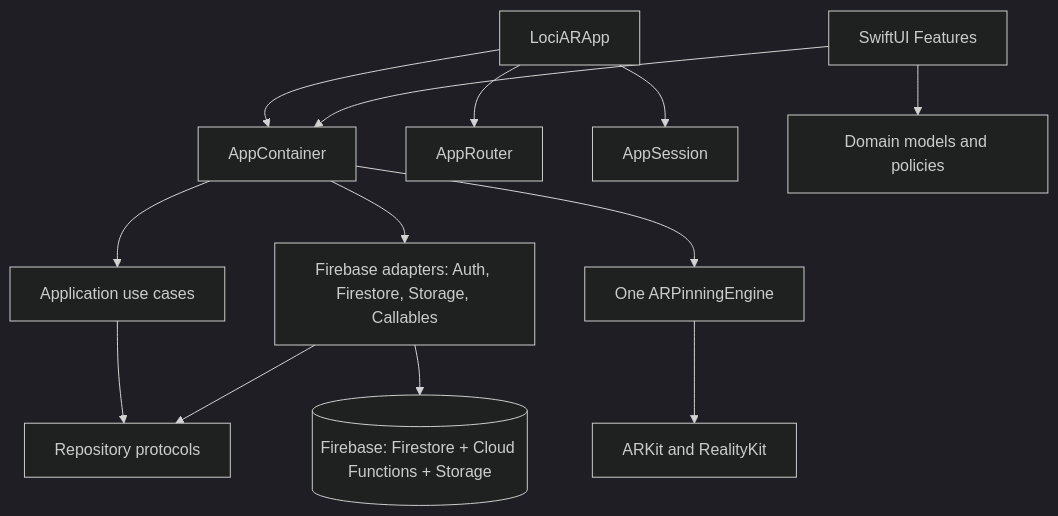
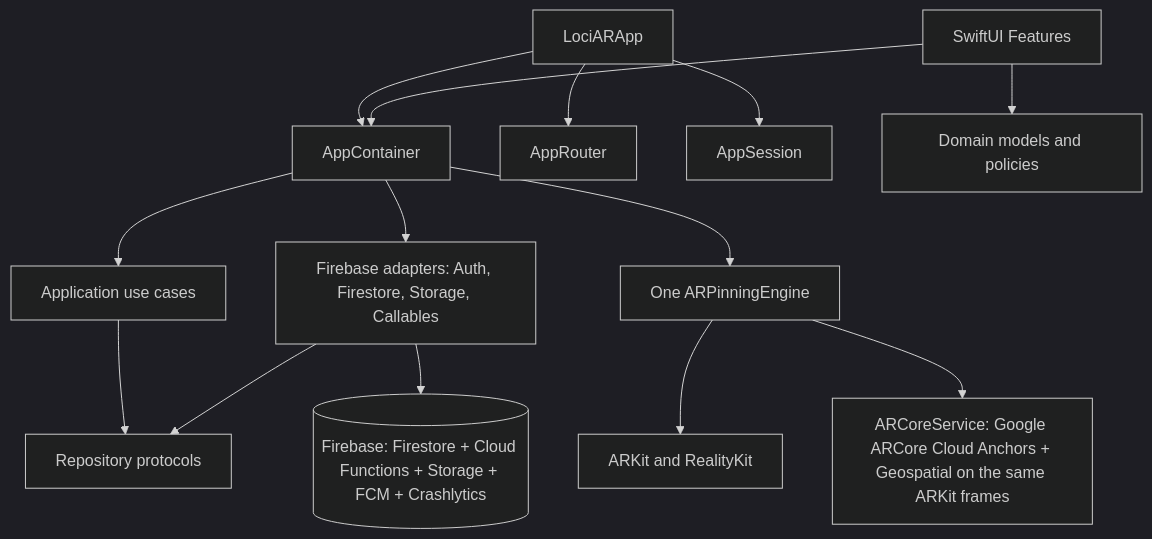
Before and after one commit to CrimsBerith/LociAR: the first of 3 diagrams in ARCHITECTURE.md, drawn with Mermaid (dark theme). The commit also changed other lines of this file and 13 other files, not shown here.

````diff
--- a/ARCHITECTURE.md
+++ b/ARCHITECTURE.md
@@ -7,15 +7,16 @@
 ```mermaid
 flowchart TD
     App[LociARApp] --> Container[AppContainer]
     App --> Router[AppRouter]
     App --> Session[AppSession]
     Features[SwiftUI Features] --> Container
     Features --> Domain[Domain models and policies]
     Container --> UseCases[Application use cases]
     UseCases --> Ports[Repository protocols]
     Container --> Adapters[Firebase adapters: Auth, Firestore, Storage, Callables]
     Adapters --> Ports
-    Adapters --> Firebase[(Firebase: Firestore + Cloud Functions + Storage)]
+    Adapters --> Firebase[(Firebase: Firestore + Cloud Functions + Storage + FCM + Crashlytics)]
     Container --> AR[One ARPinningEngine]
     AR --> ARKit[ARKit and RealityKit]
+    AR --> ARCore[ARCoreService: Google ARCore Cloud Anchors + Geospatial on the same ARKit frames]
 ```
````
